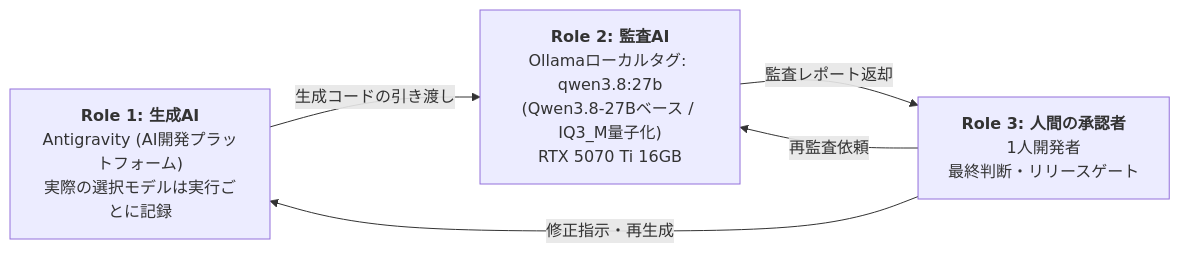
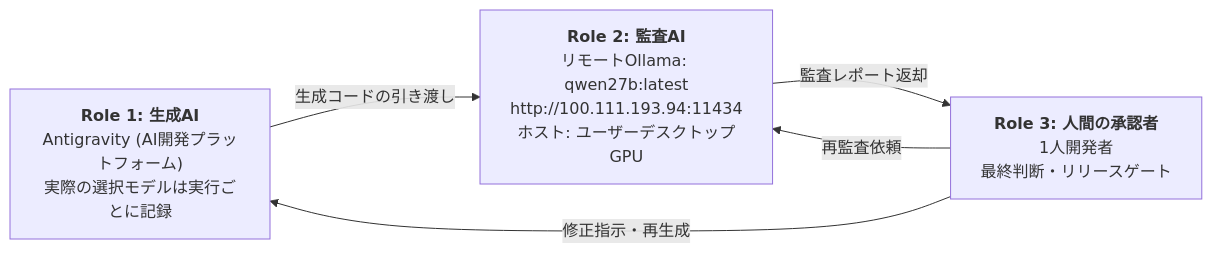
One commit to KBG183/kintai-management changed the first of 3 diagrams in docs/portfolio_audit_evidence.md. Above: the diagram before and after it, drawn with Mermaid. The commit also changed other lines of this file and 1103 other files, not shown here.

````diff
--- a/docs/portfolio_audit_evidence.md
+++ b/docs/portfolio_audit_evidence.md
@@ -63,10 +63,10 @@
 ```mermaid
 flowchart LR
     A["<b>Role 1: 生成AI</b><br>Antigravity (AI開発プラットフォーム)<br>実際の選択モデルは実行ごとに記録"]
-    B["<b>Role 2: 監査AI</b><br>Ollamaローカルタグ: qwen3.8:27b<br>(Qwen3.8-27Bベース / IQ3_M量子化)<br>RTX 5070 Ti 16GB"]
+    B["<b>Role 2: 監査AI</b><br>リモートOllama: qwen27b:latest<br>http://100.111.193.94:11434<br>ホスト: ユーザーデスクトップGPU"]
     C["<b>Role 3: 人間の承認者</b><br>1人開発者<br>最終判断・リリースゲート"]
     A -->|"生成コードの引き渡し"| B
     B -->|"監査レポート返却"| C
     C -->|"修正指示・再生成"| A
     C -->|"再監査依頼"| B
 ```
````
